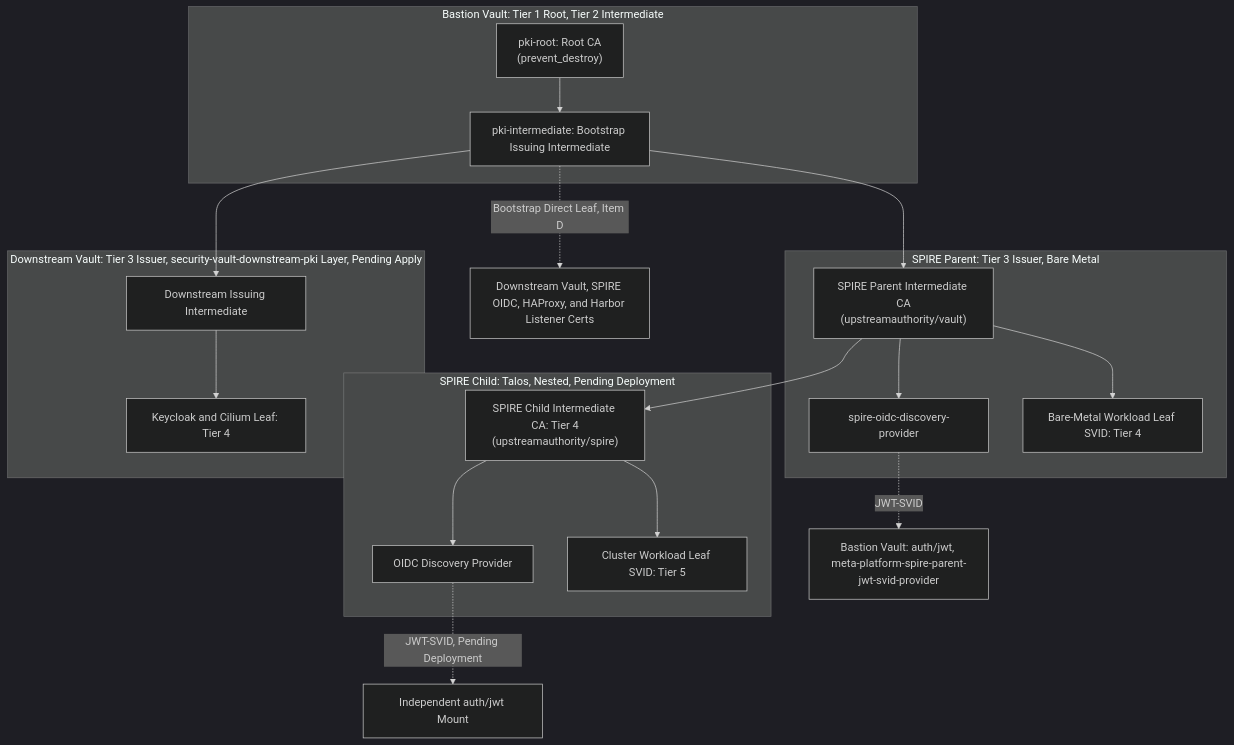
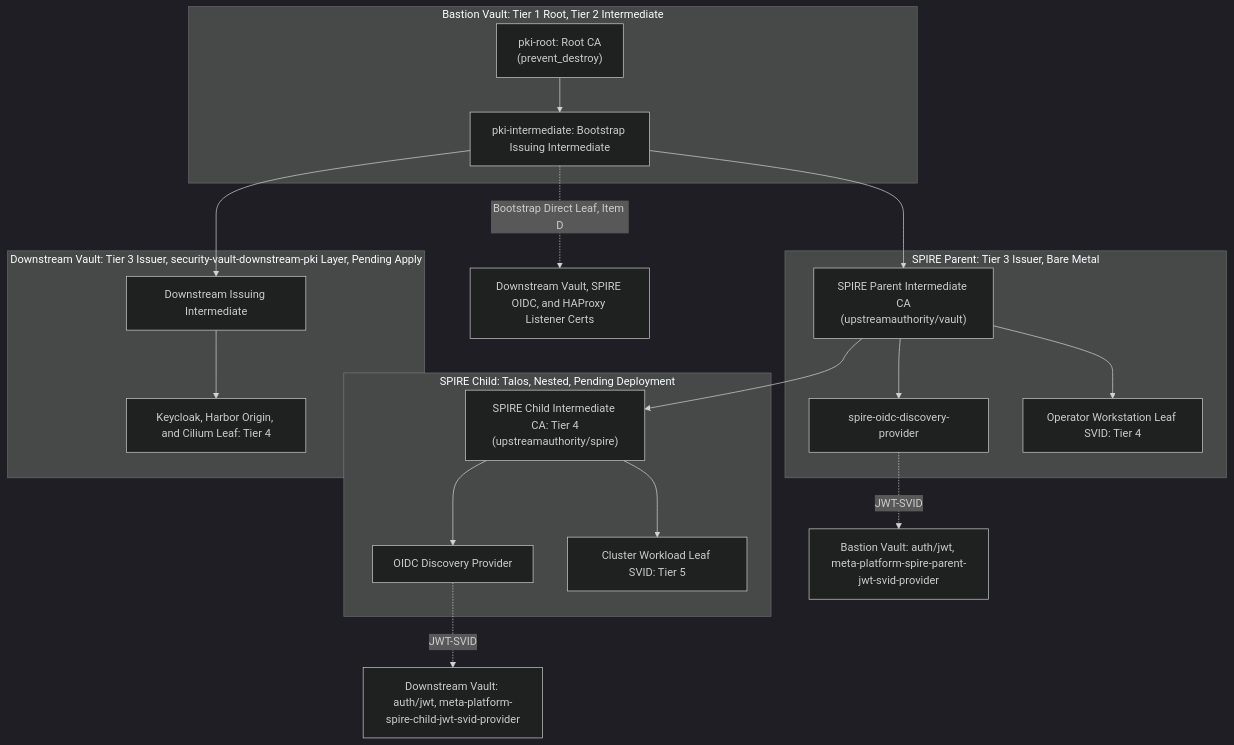
One commit to csning1998/meta-platform changed the diagram in documentation/architecture/platform-spire-parent-frontend.md. Above: the diagram before and after it, drawn with Mermaid (dark theme). The commit also changed other lines of this file and 48 other files, not shown here.

````diff
--- a/documentation/architecture/platform-spire-parent-frontend.md
+++ b/documentation/architecture/platform-spire-parent-frontend.md
@@ -54,37 +55,37 @@
 ```mermaid
 flowchart TD
     subgraph BASTION ["Bastion Vault: Tier 1 Root, Tier 2 Intermediate"]
         ROOT["pki-root: Root CA\n(prevent_destroy)"]
         INTER["pki-intermediate: Bootstrap Issuing Intermediate"]
     end
 
     subgraph PARENT ["SPIRE Parent: Tier 3 Issuer, Bare Metal"]
         PARENT_CA["SPIRE Parent Intermediate CA\n(upstreamauthority/vault)"]
         PARENT_OIDC["spire-oidc-discovery-provider"]
-        PARENT_SVID["Bare-Metal Workload Leaf SVID: Tier 4"]
+        PARENT_SVID["Operator Workstation Leaf SVID: Tier 4"]
     end
 
     subgraph CHILD ["SPIRE Child: Talos, Nested, Pending Deployment"]
         CHILD_CA["SPIRE Child Intermediate CA: Tier 4\n(upstreamauthority/spire)"]
         CHILD_OIDC["OIDC Discovery Provider"]
         CHILD_SVID["Cluster Workload Leaf SVID: Tier 5"]
     end
 
     subgraph PRODVAULT ["Downstream Vault: Tier 3 Issuer, security-vault-downstream-pki Layer, Pending Apply"]
         PROD_ISSUER["Downstream Issuing Intermediate"]
-        PROD_LEAF["Keycloak and Cilium Leaf: Tier 4"]
+        PROD_LEAF["Keycloak, Harbor Origin, and Cilium Leaf: Tier 4"]
     end
 
     ROOT --> INTER
     INTER --> PARENT_CA
     INTER --> PROD_ISSUER
     PROD_ISSUER --> PROD_LEAF
     PARENT_CA --> CHILD_CA
     PARENT_CA --> PARENT_SVID
     CHILD_CA --> CHILD_SVID
     PARENT_CA --> PARENT_OIDC
     CHILD_CA --> CHILD_OIDC
     PARENT_OIDC -.->|JWT-SVID| BASTION_JWT["Bastion Vault: auth/jwt, meta-platform-spire-parent-jwt-svid-provider"]
-    CHILD_OIDC -.->|JWT-SVID, Pending Deployment| CHILD_JWT["Independent auth/jwt Mount"]
-    INTER -.->|Bootstrap Direct Leaf, Item D| BOOTSTRAP_LEAF["Downstream Vault, SPIRE OIDC, HAProxy, and Harbor Listener Certs"]
+    CHILD_OIDC -.->|JWT-SVID| CHILD_JWT["Downstream Vault: auth/jwt, meta-platform-spire-child-jwt-svid-provider"]
+    INTER -.->|Bootstrap Direct Leaf, Item D| BOOTSTRAP_LEAF["Downstream Vault, SPIRE OIDC, and HAProxy Listener Certs"]
 ```
````
